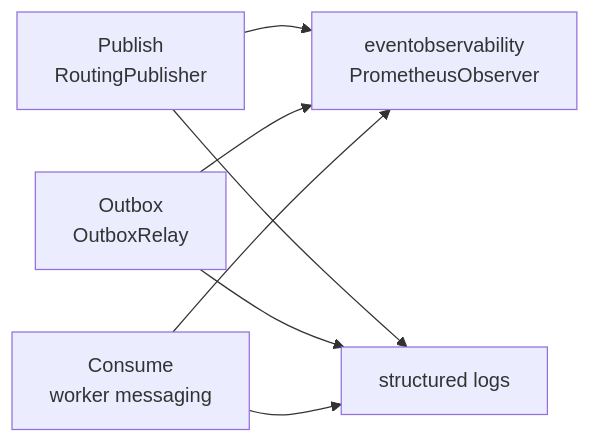
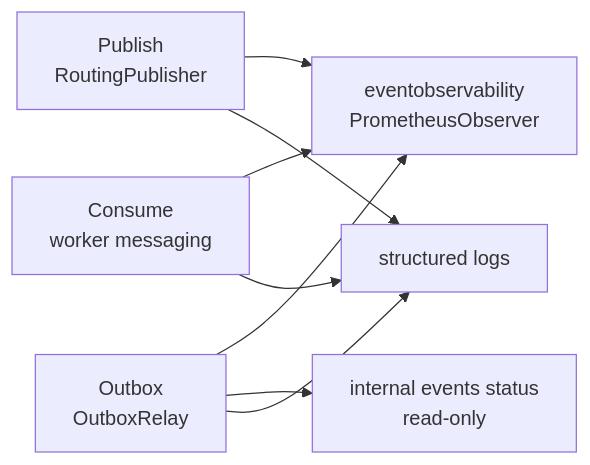
One commit to FangcunMount/qs-server changed the first of 4 diagrams in docs/03-基础设施/event/05-观测与排障.md. Above: the diagram before and after it, drawn with Mermaid. The commit also changed other lines of this file and 30 other files, not shown here.

````diff
--- a/docs/03-基础设施/event/05-观测与排障.md
+++ b/docs/03-基础设施/event/05-观测与排障.md
@@ -18,15 +21,17 @@
 ```mermaid
 flowchart LR
     pub["Publish<br/>RoutingPublisher"]
     outbox["Outbox<br/>OutboxRelay"]
     consume["Consume<br/>worker messaging"]
     metrics["eventobservability<br/>PrometheusObserver"]
+    status["internal events status<br/>read-only"]
     logs["structured logs"]
 
     pub --> metrics
     outbox --> metrics
+    outbox --> status
     consume --> metrics
     pub --> logs
     outbox --> logs
     consume --> logs
 ```
````
